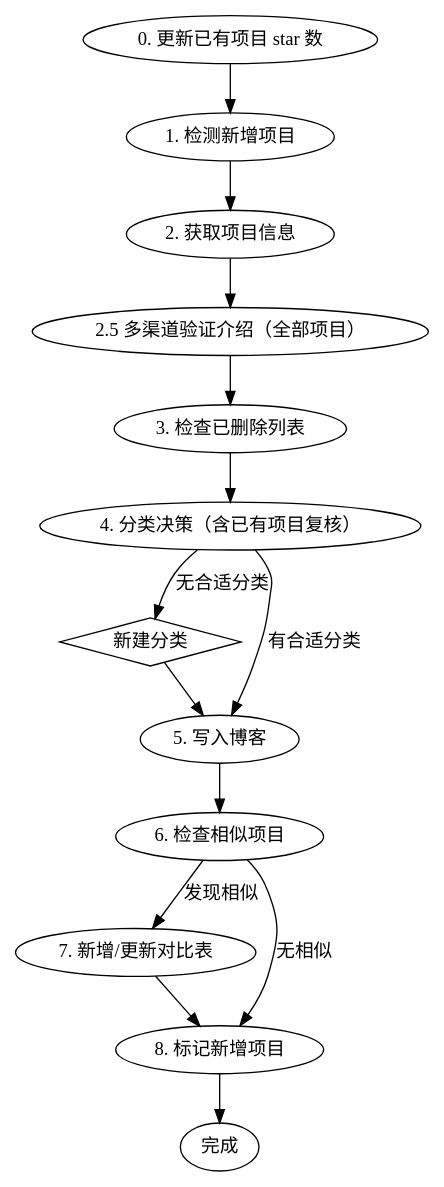
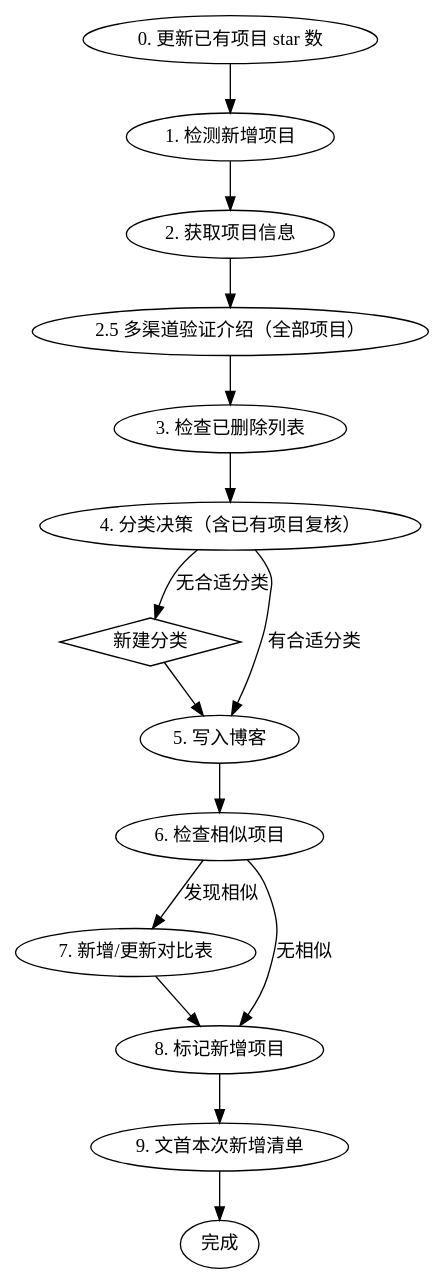
One commit to SpeechlessPanda/blog-s-code changed the diagram in .agents/skills/sync-starred-projects/SKILL.md. Above: the diagram before and after it, drawn with Graphviz. The commit also changed other lines of this file and 1 other file, not shown here.

````diff
--- a/.agents/skills/sync-starred-projects/SKILL.md
+++ b/.agents/skills/sync-starred-projects/SKILL.md
@@ -14,27 +14,29 @@
 ```dot
 digraph sync {
   rankdir=TB;
   update [label="0. 更新已有项目 star 数"];
   detect [label="1. 检测新增项目"];
   info [label="2. 获取项目信息"];
   verify [label="2.5 多渠道验证介绍（全部项目）"];
   check [label="3. 检查已删除列表"];
   categorize [label="4. 分类决策（含已有项目复核）"];
   newcat [label="新建分类", shape=diamond];
   write [label="5. 写入博客"];
   similar [label="6. 检查相似项目"];
   compare [label="7. 新增/更新对比表"];
   mark [label="8. 标记新增项目"];
+  changelog [label="9. 文首本次新增清单"];
   done [label="完成"];
 
   update -> detect -> info -> verify -> check -> categorize;
   categorize -> newcat [label="无合适分类"];
   categorize -> write [label="有合适分类"];
   newcat -> write;
   write -> similar;
   similar -> compare [label="发现相似"];
   similar -> mark [label="无相似"];
   compare -> mark;
-  mark -> done;
+  mark -> changelog;
+  changelog -> done;
 }
 ```
````
